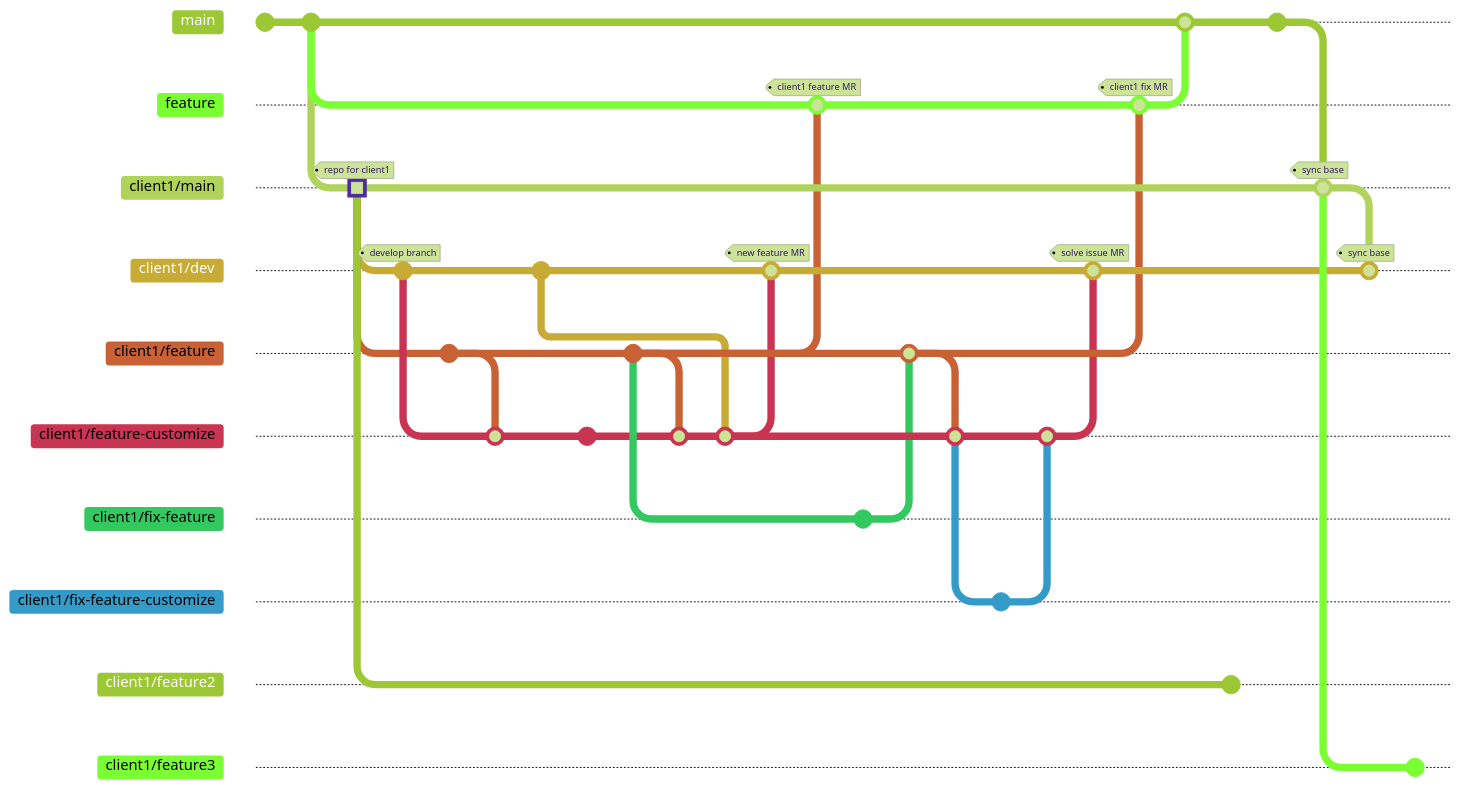
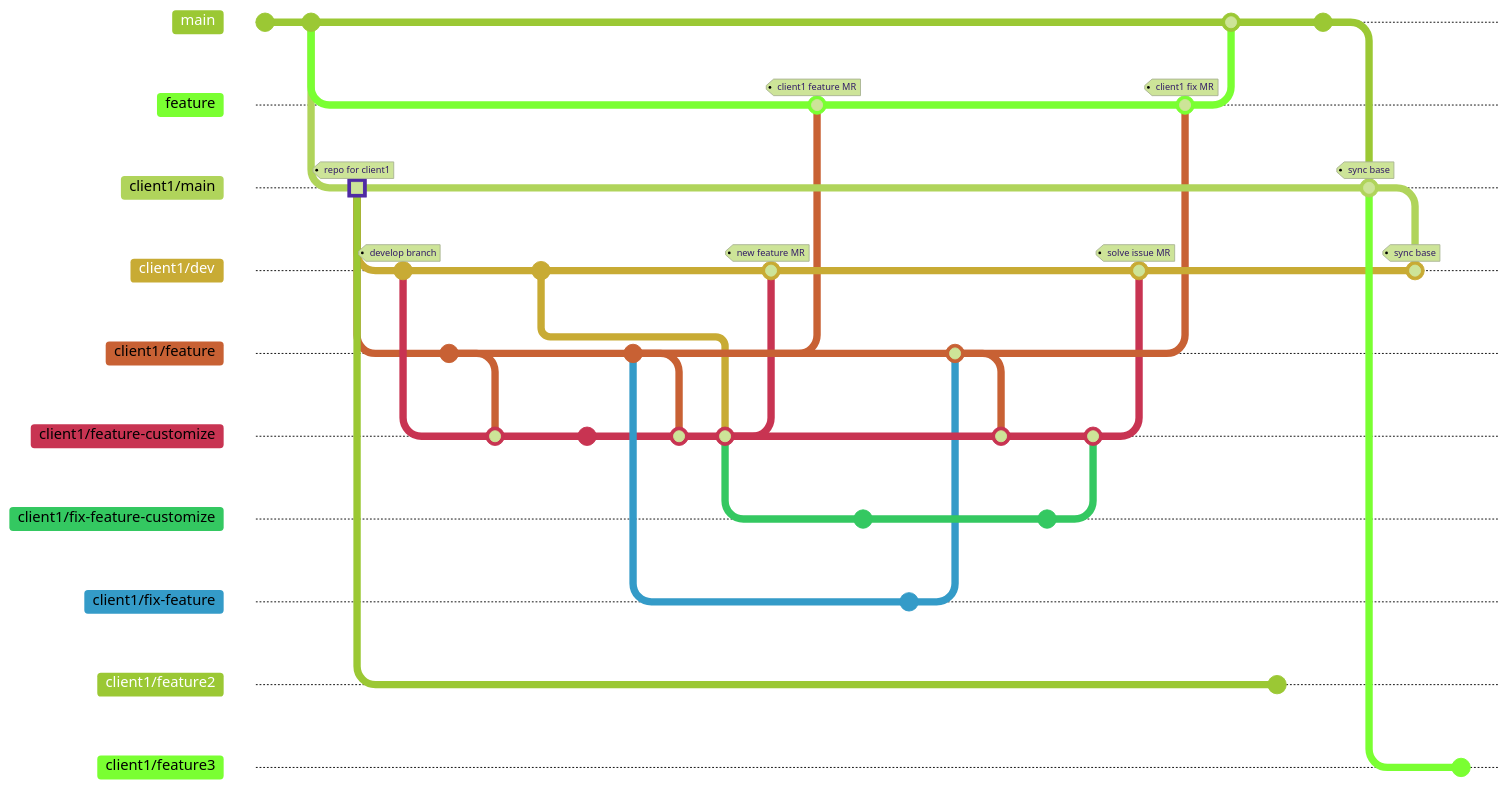
One commit to tsengyushiang/notes changed the second of 2 diagrams in git/workflow.md. Above: the diagram before and after it, drawn with Mermaid (forest theme). Commit ids are hidden.

````diff
--- a/git/workflow.md
+++ b/git/workflow.md
@@ -40,61 +40,64 @@
 ```mermaid
 %%{init: { 'gitGraph': {'showCommitLabel': false}} }%%
 
 gitGraph
     commit
     commit
     branch feature
     branch client1/main
     commit tag:"repo for client1" type: HIGHLIGHT
     branch client1/dev
     commit tag:"develop branch"
     checkout client1/main
     branch client1/feature
     commit
     checkout client1/dev
     branch client1/feature-customize
     merge client1/feature
     checkout client1/dev
     commit id:"other feature"
     checkout client1/feature-customize
     commit
     checkout client1/feature
     commit
     checkout client1/feature-customize
     merge client1/feature
     merge client1/dev
     checkout client1/dev
     merge client1/feature-customize tag:"new feature MR"
     checkout feature
     merge client1/feature tag:"client1 feature MR"
+    checkout client1/feature-customize
+    branch client1/fix-feature-customize
+    commit
     checkout client1/feature
     branch client1/fix-feature
     commit
     checkout client1/feature
     merge client1/fix-feature
     checkout client1/feature-customize
     merge client1/feature
-    branch client1/fix-feature-customize
+    checkout client1/fix-feature-customize
     commit
     checkout client1/feature-customize
     merge client1/fix-feature-customize
     checkout client1/dev
     merge client1/feature-customize  tag:"solve issue MR"
     checkout main
     checkout feature
     merge client1/feature tag:"client1 fix MR"
     checkout main
     merge feature
     checkout client1/main
     branch client1/feature2
     commit
     checkout main
     commit
     checkout client1/main
     merge main tag:"sync base"
     checkout client1/dev
     merge client1/main tag:"sync base"
     checkout client1/main
     branch client1/feature3
     commit
 ```
````
